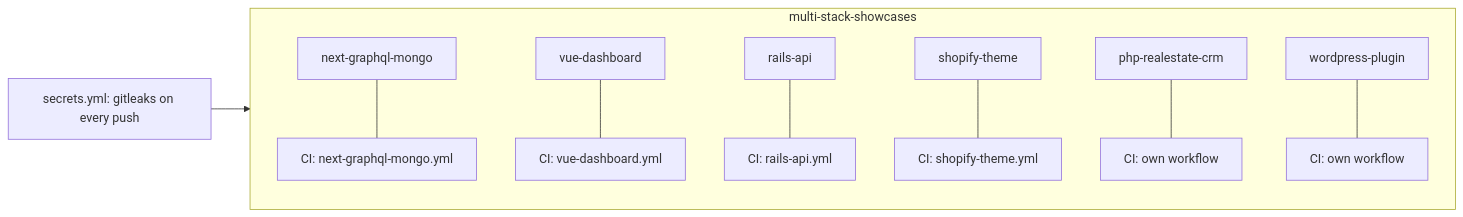
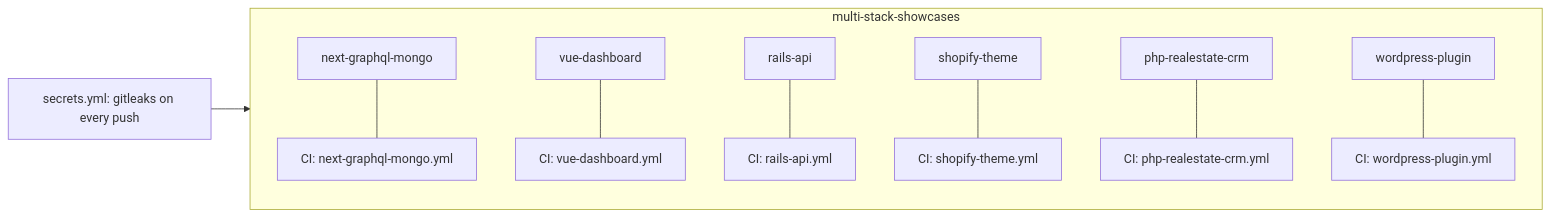
The diagram in README.md (dc-tech-inc/multi-stack-showcases), drawn with Mermaid before and after one commit. The commit also changed other lines of this file, not shown here.

````diff
--- a/README.md
+++ b/README.md
@@ -14,12 +14,12 @@
 ```mermaid
 flowchart LR
   subgraph repo[multi-stack-showcases]
     A[next-graphql-mongo] --- CI1[CI: next-graphql-mongo.yml]
     B[vue-dashboard] --- CI2[CI: vue-dashboard.yml]
     C[rails-api] --- CI3[CI: rails-api.yml]
     D[shopify-theme] --- CI4[CI: shopify-theme.yml]
-    E[php-realestate-crm] --- CI5[CI: own workflow]
-    F[wordpress-plugin] --- CI6[CI: own workflow]
+    E[php-realestate-crm] --- CI5[CI: php-realestate-crm.yml]
+    F[wordpress-plugin] --- CI6[CI: wordpress-plugin.yml]
   end
   S[secrets.yml: gitleaks on every push] --> repo
 ```
````
